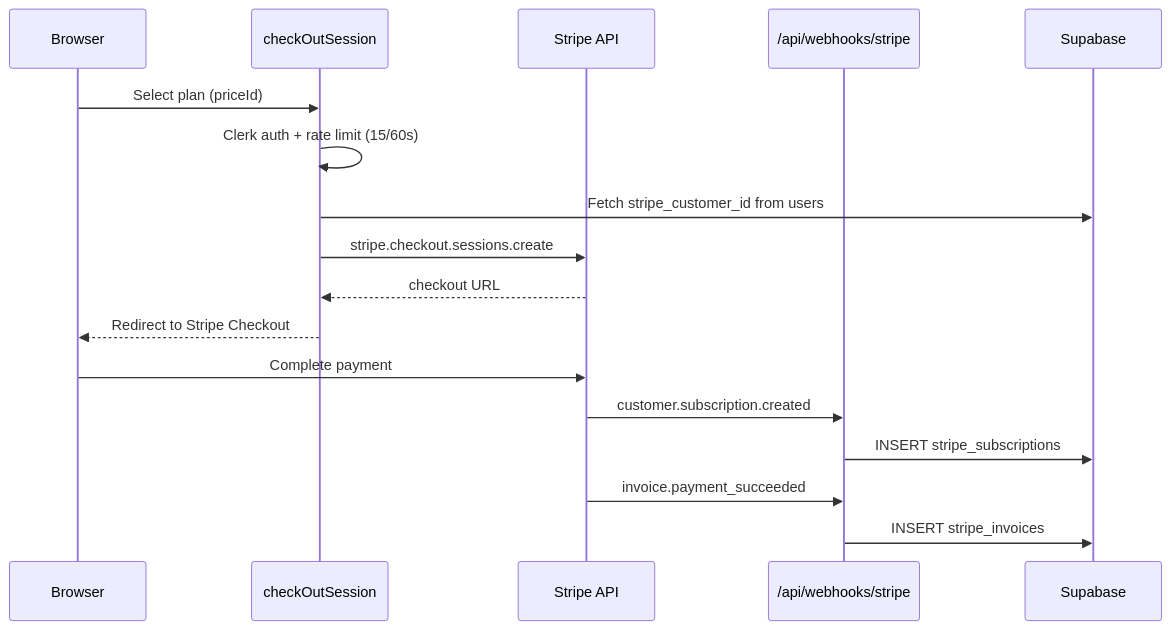
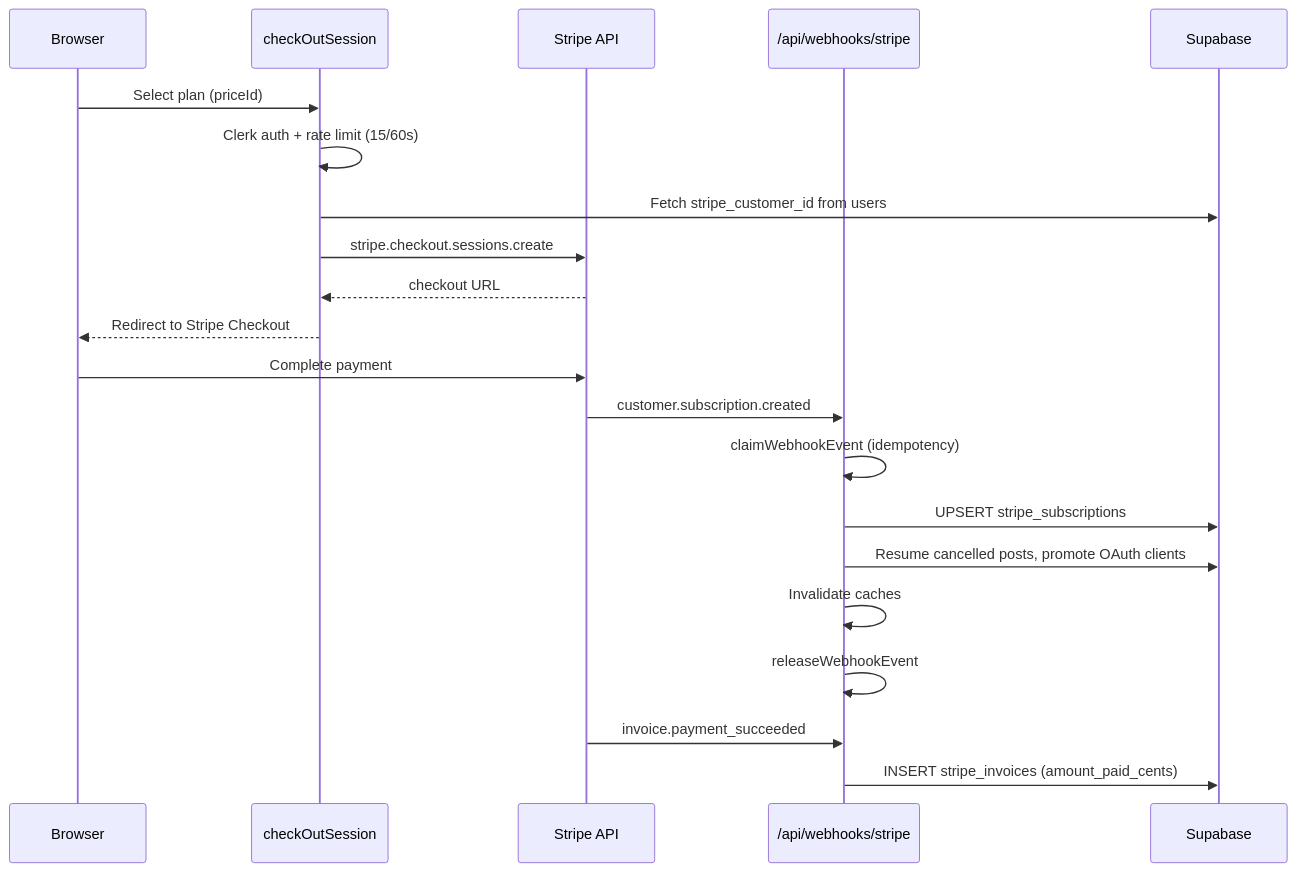
One commit to Andy00L/sharetopus changed the first of 2 diagrams in docs/BILLING.md. Above: the diagram before and after it, drawn with Mermaid. The commit also changed other lines of this file and 23 other files, not shown here.

````diff
--- a/docs/BILLING.md
+++ b/docs/BILLING.md
@@ -21,20 +42,24 @@
 ```mermaid
 sequenceDiagram
     participant User as Browser
     participant Action as checkOutSession
     participant Stripe as Stripe API
     participant Webhook as /api/webhooks/stripe
     participant DB as Supabase
 
     User->>Action: Select plan (priceId)
     Action->>Action: Clerk auth + rate limit (15/60s)
     Action->>DB: Fetch stripe_customer_id from users
     Action->>Stripe: stripe.checkout.sessions.create
     Stripe-->>Action: checkout URL
     Action-->>User: Redirect to Stripe Checkout
     User->>Stripe: Complete payment
     Stripe->>Webhook: customer.subscription.created
-    Webhook->>DB: INSERT stripe_subscriptions
+    Webhook->>Webhook: claimWebhookEvent (idempotency)
+    Webhook->>DB: UPSERT stripe_subscriptions
+    Webhook->>DB: Resume cancelled posts, promote OAuth clients
+    Webhook->>Webhook: Invalidate caches
+    Webhook->>Webhook: releaseWebhookEvent
     Stripe->>Webhook: invoice.payment_succeeded
-    Webhook->>DB: INSERT stripe_invoices
+    Webhook->>DB: INSERT stripe_invoices (amount_paid_cents)
 ```
````
